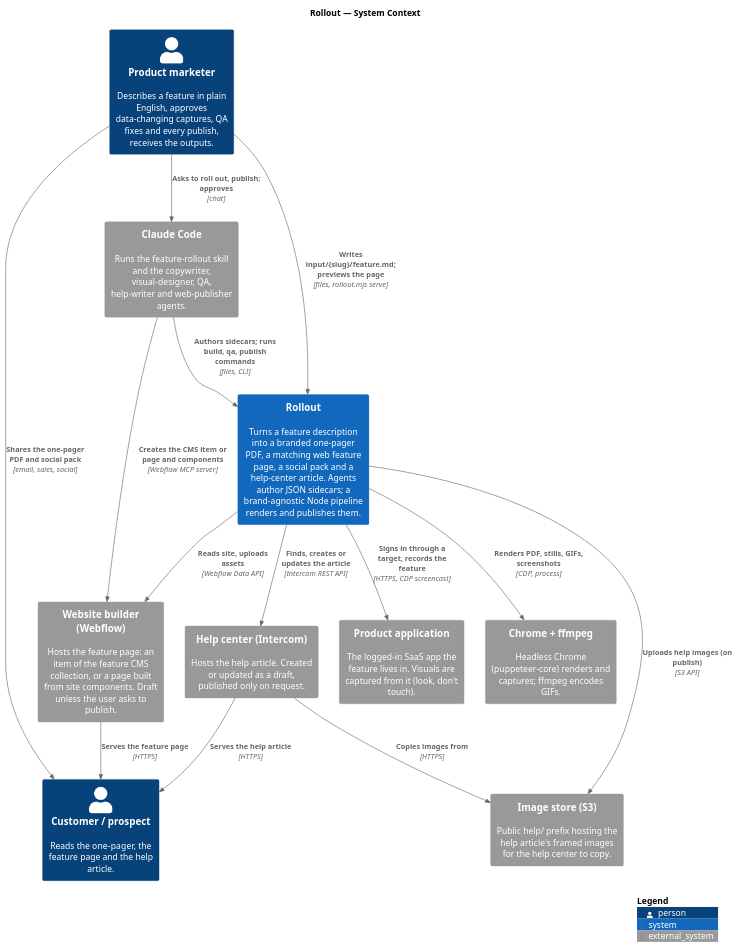
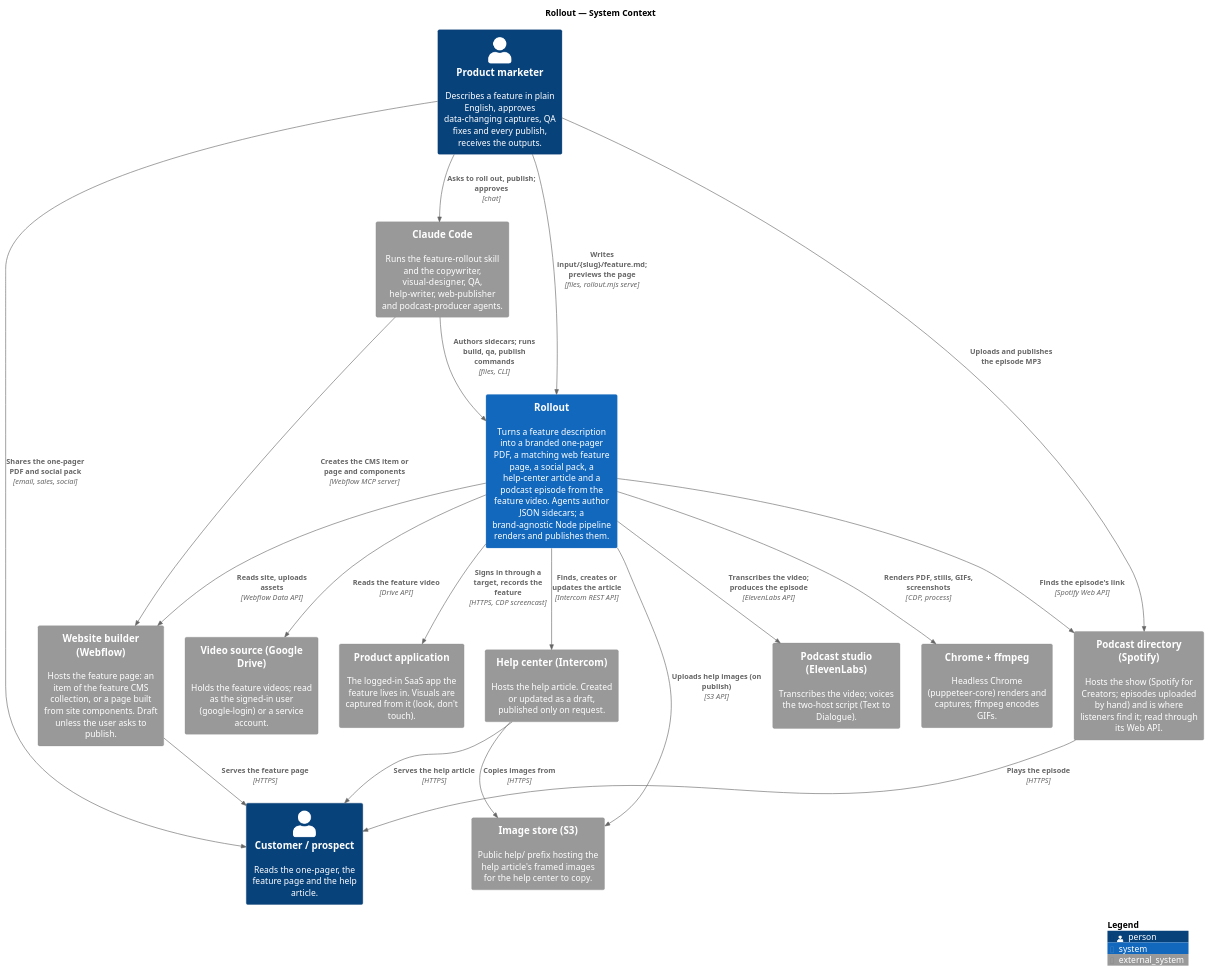
Before and after one commit to ssunduko/rollout: the diagram in docs/c4/1-system-context.puml, drawn with PlantUML. The commit also changed 58 other files, not shown here.

```diff
--- a/docs/c4/1-system-context.puml
+++ b/docs/c4/1-system-context.puml
@@ -1,35 +1,43 @@
 @startuml system-context
 ' C4 level 1 — System context: Rollout and the people and systems around it.
 ' Render: see docs/c4/README.md
 !include <C4/C4_Context>
 
 title Rollout — System Context
 
 Person(author, "Product marketer", "Describes a feature in plain English, approves data-changing captures, QA fixes and every publish, receives the outputs.")
 Person(reader, "Customer / prospect", "Reads the one-pager, the feature page and the help article.")
 
-System(rollout, "Rollout", "Turns a feature description into a branded one-pager PDF, a matching web feature page, a social pack and a help-center article. Agents author JSON sidecars; a brand-agnostic Node pipeline renders and publishes them.")
+System(rollout, "Rollout", "Turns a feature description into a branded one-pager PDF, a matching web feature page, a social pack, a help-center article and a podcast episode from the feature video. Agents author JSON sidecars; a brand-agnostic Node pipeline renders and publishes them.")
 
-System_Ext(claude, "Claude Code", "Runs the feature-rollout skill and the copywriter, visual-designer, QA, help-writer and web-publisher agents.")
+System_Ext(claude, "Claude Code", "Runs the feature-rollout skill and the copywriter, visual-designer, QA, help-writer, web-publisher and podcast-producer agents.")
 System_Ext(app, "Product application", "The logged-in SaaS app the feature lives in. Visuals are captured from it (look, don't touch).")
 System_Ext(helpcenter, "Help center (Intercom)", "Hosts the help article. Created or updated as a draft, published only on request.")
 System_Ext(imagestore, "Image store (S3)", "Public help/ prefix hosting the help article's framed images for the help center to copy.")
 System_Ext(site, "Website builder (Webflow)", "Hosts the feature page: an item of the feature CMS collection, or a page built from site components. Draft unless the user asks to publish.")
+System_Ext(drive, "Video source (Google Drive)", "Holds the feature videos; read as the signed-in user (google-login) or a service account.")
+System_Ext(studio, "Podcast studio (ElevenLabs)", "Transcribes the video; voices the two-host script (Text to Dialogue).")
+System_Ext(directory, "Podcast directory (Spotify)", "Hosts the show (Spotify for Creators; episodes uploaded by hand) and is where listeners find it; read through its Web API.")
 System_Ext(tools, "Chrome + ffmpeg", "Headless Chrome (puppeteer-core) renders and captures; ffmpeg encodes GIFs.")
 
 Rel(author, claude, "Asks to roll out, publish; approves", "chat")
 Rel(author, rollout, "Writes input/{slug}/feature.md; previews the page", "files, rollout.mjs serve")
 Rel(claude, rollout, "Authors sidecars; runs build, qa, publish commands", "files, CLI")
 Rel(rollout, app, "Signs in through a target, records the feature", "HTTPS, CDP screencast")
 Rel(rollout, tools, "Renders PDF, stills, GIFs, screenshots", "CDP, process")
 Rel(rollout, imagestore, "Uploads help images (on publish)", "S3 API")
 Rel(rollout, helpcenter, "Finds, creates or updates the article", "Intercom REST API")
 Rel(helpcenter, imagestore, "Copies images from", "HTTPS")
 Rel(rollout, site, "Reads site, uploads assets", "Webflow Data API")
 Rel(claude, site, "Creates the CMS item or page and components", "Webflow MCP server")
+Rel(rollout, drive, "Reads the feature video", "Drive API")
+Rel(rollout, studio, "Transcribes the video; produces the episode", "ElevenLabs API")
+Rel(rollout, directory, "Finds the episode's link", "Spotify Web API")
+Rel(author, directory, "Uploads and publishes the episode MP3")
+Rel(directory, reader, "Plays the episode", "HTTPS")
 Rel(site, reader, "Serves the feature page", "HTTPS")
 Rel(helpcenter, reader, "Serves the help article", "HTTPS")
 Rel(author, reader, "Shares the one-pager PDF and social pack", "email, sales, social")
 
 SHOW_LEGEND()
 @enduml
```
